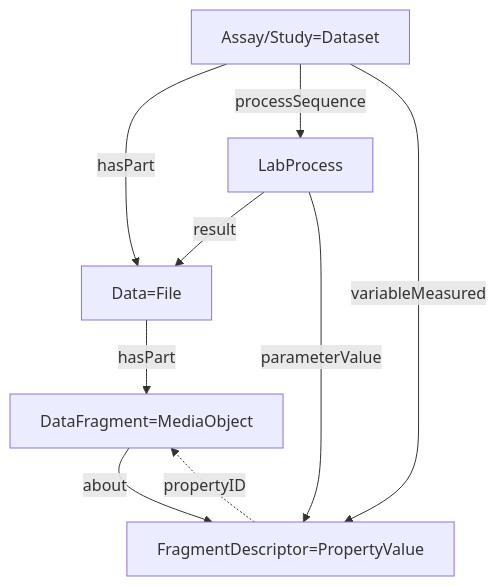
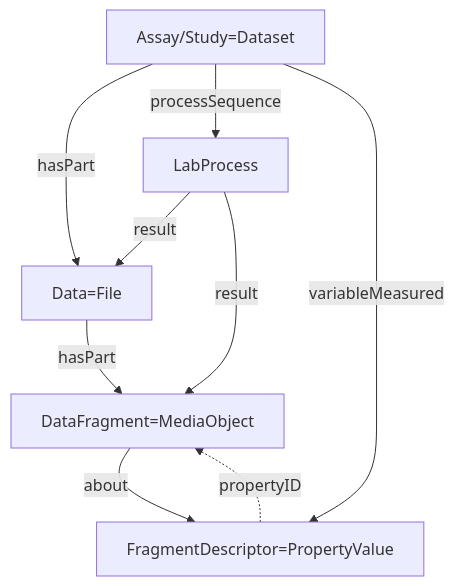
The diagram in profile/arc_datamap_ro_crate.md (nfdi4plants/arc-datamap-ro-crate-profile), drawn with Mermaid before and after one commit.

Commit message:
Updated mermaid graph

````diff
--- a/profile/arc_datamap_ro_crate.md
+++ b/profile/arc_datamap_ro_crate.md
@@ -15,25 +15,25 @@
 ```mermaid
 flowchart TD
 
 dataset[Assay/Study=Dataset]
 
 Process[LabProcess]
 
 DataFile[Data=File]
 DataFragment[DataFragment=MediaObject]
 
 prop[FragmentDescriptor=PropertyValue]
 
 DataFile --hasPart--> DataFragment
 dataset --hasPart--> DataFile
 
 DataFragment --about--> prop
 prop -.propertyID.-> DataFragment
 
 Process --result--> DataFile
-Process --parameterValue--> prop
+Process --result--> DataFragment
 
 dataset --processSequence--> Process
 dataset --variableMeasured--> prop
 
 ```
````
